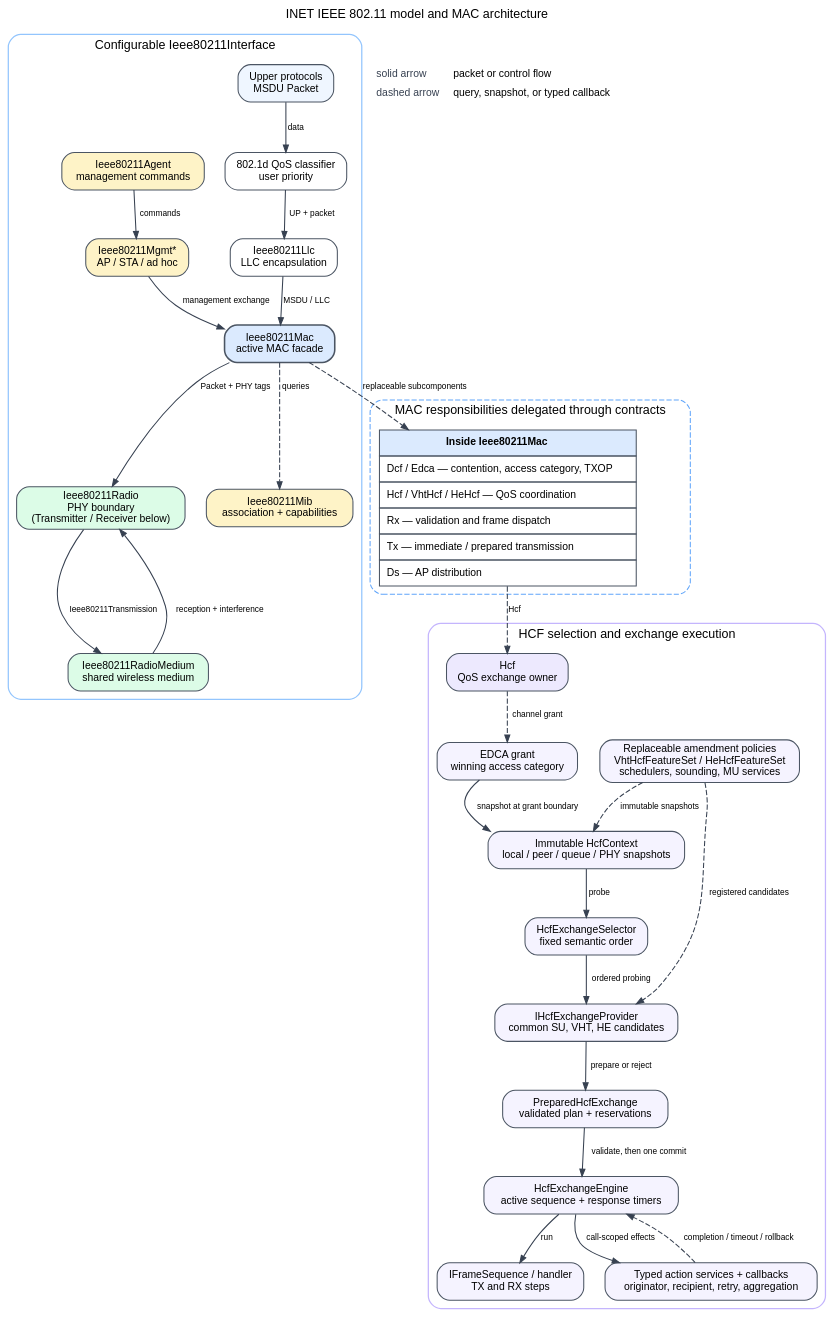
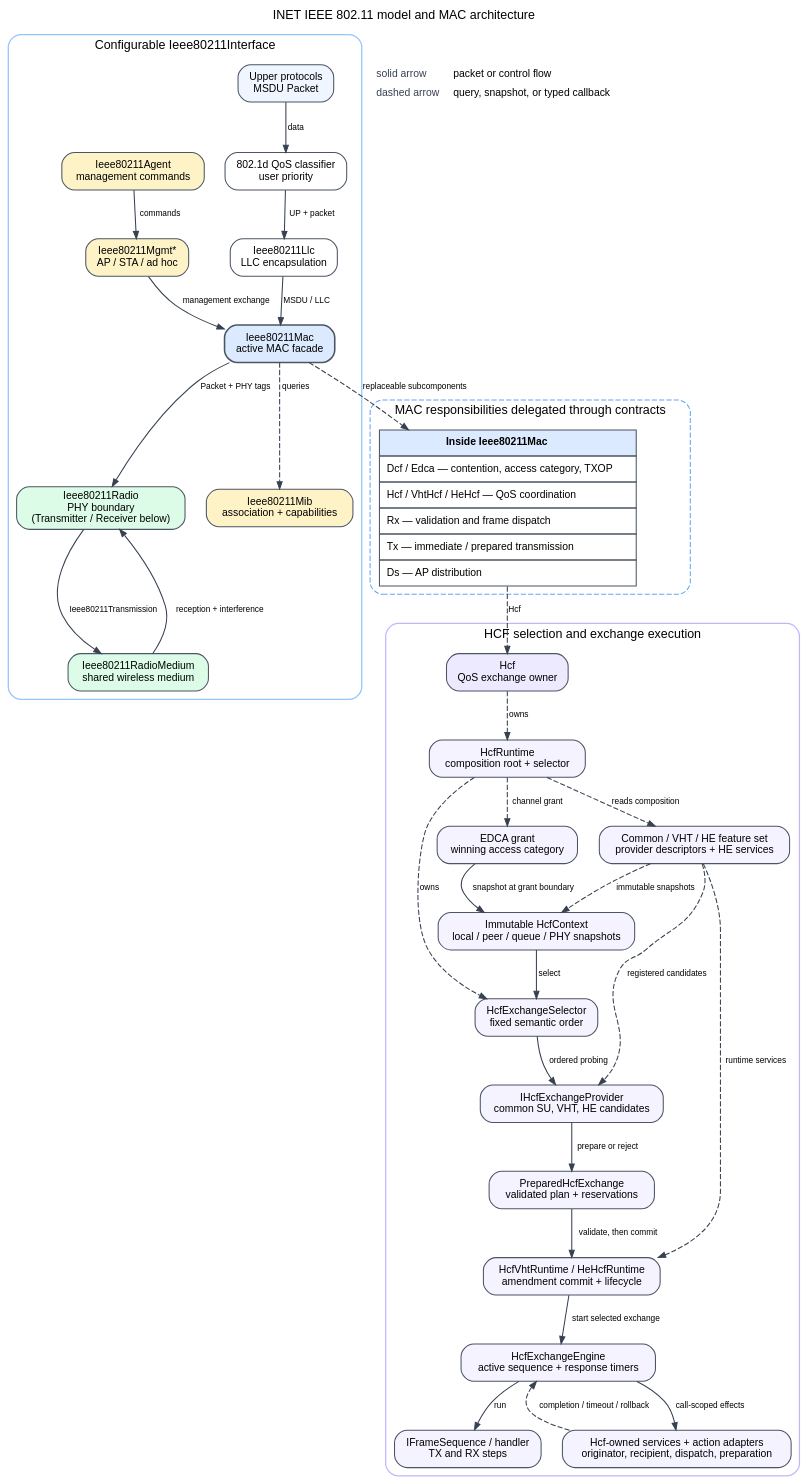
One commit to mgonzalezlopezudc/inet changed the diagram in doc/src/developers-guide/figures/ieee80211_model.dot. Above: the diagram before and after it, drawn with Graphviz. The commit also changed 3 other files, not shown here.

Commit message:
doc(802.11): diagrams

```diff
--- a/doc/src/developers-guide/figures/ieee80211_model.dot
+++ b/doc/src/developers-guide/figures/ieee80211_model.dot
@@ -1,83 +1,90 @@
 digraph ieee80211_model {
     graph [rankdir=TB, bgcolor="transparent", pad="0.12", nodesep="0.28",
         ranksep="0.52", fontname="Helvetica", fontsize=12,
         label="INET IEEE 802.11 model and MAC architecture", labelloc=t]
     node [shape=box, style="rounded,filled", fillcolor="white", color="#4b5563",
         fontname="Helvetica", fontsize=10, margin="0.10,0.06"]
     edge [fontname="Helvetica", fontsize=8, color="#374151", arrowsize=0.7]
 
     subgraph cluster_interface {
         label="Configurable Ieee80211Interface"
         color="#93c5fd"; style="rounded"; penwidth=1.2
 
         upper [label="Upper protocols\nMSDU Packet", fillcolor="#eff6ff"]
         classifier [label="802.1d QoS classifier\nuser priority"]
         llc [label="Ieee80211Llc\nLLC encapsulation"]
         mac [label="Ieee80211Mac\nactive MAC facade", fillcolor="#dbeafe", penwidth=1.5]
         radio [label="Ieee80211Radio\nPHY boundary\n(Transmitter / Receiver below)", fillcolor="#dcfce7"]
         medium [label="Ieee80211RadioMedium\nshared wireless medium", fillcolor="#dcfce7"]
         mgmt [label="Ieee80211Mgmt*\nAP / STA / ad hoc", fillcolor="#fef3c7"]
         agent [label="Ieee80211Agent\nmanagement commands", fillcolor="#fef3c7"]
         mib [label="Ieee80211Mib\nassociation + capabilities", fillcolor="#fef3c7"]
 
         upper -> classifier [label="data"]
         classifier -> llc [label="UP + packet"]
         llc -> mac [label="MSDU / LLC"]
         mac -> radio [label="Packet + PHY tags"]
         radio -> medium [label="Ieee80211Transmission"]
         medium -> radio [label="reception + interference"]
         agent -> mgmt [label="commands"]
         mgmt -> mac [label="management exchange"]
         mac -> mib [style=dashed, label="queries"]
     }
 
     subgraph cluster_mac {
         label="MAC responsibilities delegated through contracts"
         color="#60a5fa"; style="rounded,dashed"; penwidth=1.0
 
         components [shape=plain, label=<
             <TABLE BORDER="0" CELLBORDER="1" CELLSPACING="0" CELLPADDING="6">
                 <TR><TD BGCOLOR="#dbeafe"><B>Inside Ieee80211Mac</B></TD></TR>
                 <TR><TD ALIGN="LEFT">Dcf / Edca — contention, access category, TXOP</TD></TR>
                 <TR><TD ALIGN="LEFT">Hcf / VhtHcf / HeHcf — QoS coordination</TD></TR>
                 <TR><TD ALIGN="LEFT">Rx — validation and frame dispatch</TD></TR>
                 <TR><TD ALIGN="LEFT">Tx — immediate / prepared transmission</TD></TR>
                 <TR><TD ALIGN="LEFT">Ds — AP distribution</TD></TR>
             </TABLE>>]
         mac -> components [style=dashed, label="replaceable subcomponents"]
     }
 
     subgraph cluster_hcf {
         label="HCF selection and exchange execution"
         color="#c4b5fd"; style="rounded"; penwidth=1.2
 
         grant [label="EDCA grant\nwinning access category", fillcolor="#f5f3ff"]
         context [label="Immutable HcfContext\nlocal / peer / queue / PHY snapshots", fillcolor="#f5f3ff"]
         selector [label="HcfExchangeSelector\nfixed semantic order", fillcolor="#f5f3ff"]
         provider [label="IHcfExchangeProvider\ncommon SU, VHT, HE candidates", fillcolor="#f5f3ff"]
         plan [label="PreparedHcfExchange\nvalidated plan + reservations", fillcolor="#f5f3ff"]
         engine [label="HcfExchangeEngine\nactive sequence + response timers", fillcolor="#f5f3ff"]
         sequence [label="IFrameSequence / handler\nTX and RX steps", fillcolor="#f5f3ff"]
-        actions [label="Typed action services + callbacks\noriginator, recipient, retry, aggregation", fillcolor="#f5f3ff"]
-        variants [label="Replaceable amendment policies\nVhtHcfFeatureSet / HeHcfFeatureSet\nschedulers, sounding, MU services", fillcolor="#f5f3ff"]
+        actions [label="Hcf-owned services + action adapters\noriginator, recipient, dispatch, preparation", fillcolor="#f5f3ff"]
+        featureSet [label="Common / VHT / HE feature set\nprovider descriptors + HE services", fillcolor="#f5f3ff"]
+        runtime [label="HcfRuntime\ncomposition root + selector", fillcolor="#f5f3ff"]
+        amendmentRuntime [label="HcfVhtRuntime / HeHcfRuntime\namendment commit + lifecycle", fillcolor="#f5f3ff"]
 
         hcfAnchor [label="Hcf\nQoS exchange owner", fillcolor="#ede9fe"]
         components -> hcfAnchor [style=dashed, label="Hcf"]
-        hcfAnchor -> grant [style=dashed, label="channel grant"]
+        hcfAnchor -> runtime [style=dashed, label="owns"]
+        runtime -> grant [style=dashed, label="channel grant"]
+        runtime -> featureSet [style=dashed, label="reads composition"]
+        runtime -> selector [style=dashed, label="owns"]
         grant -> context [label="snapshot at grant boundary"]
-        context -> selector [label="probe"]
+        context -> selector [label="select"]
         selector -> provider [label="ordered probing"]
         provider -> plan [label="prepare or reject"]
-        plan -> engine [label="validate, then one commit"]
+        plan -> amendmentRuntime [label="validate, then commit"]
+        amendmentRuntime -> engine [label="start selected exchange"]
         engine -> sequence [label="run"]
         engine -> actions [label="call-scoped effects"]
         actions -> engine [style=dashed, label="completion / timeout / rollback"]
-        variants -> provider [style=dashed, label="registered candidates"]
-        variants -> context [style=dashed, label="immutable snapshots"]
+        featureSet -> provider [style=dashed, label="registered candidates"]
+        featureSet -> amendmentRuntime [style=dashed, label="runtime services"]
+        featureSet -> context [style=dashed, label="immutable snapshots"]
     }
 
     legend [shape=plain, label=<<TABLE BORDER="0" CELLBORDER="0" CELLSPACING="3">
         <TR><TD ALIGN="LEFT"><FONT COLOR="#374151">solid arrow</FONT></TD><TD ALIGN="LEFT">packet or control flow</TD></TR>
         <TR><TD ALIGN="LEFT"><FONT COLOR="#374151">dashed arrow</FONT></TD><TD ALIGN="LEFT">query, snapshot, or typed callback</TD></TR>
     </TABLE>>]
 }
```
